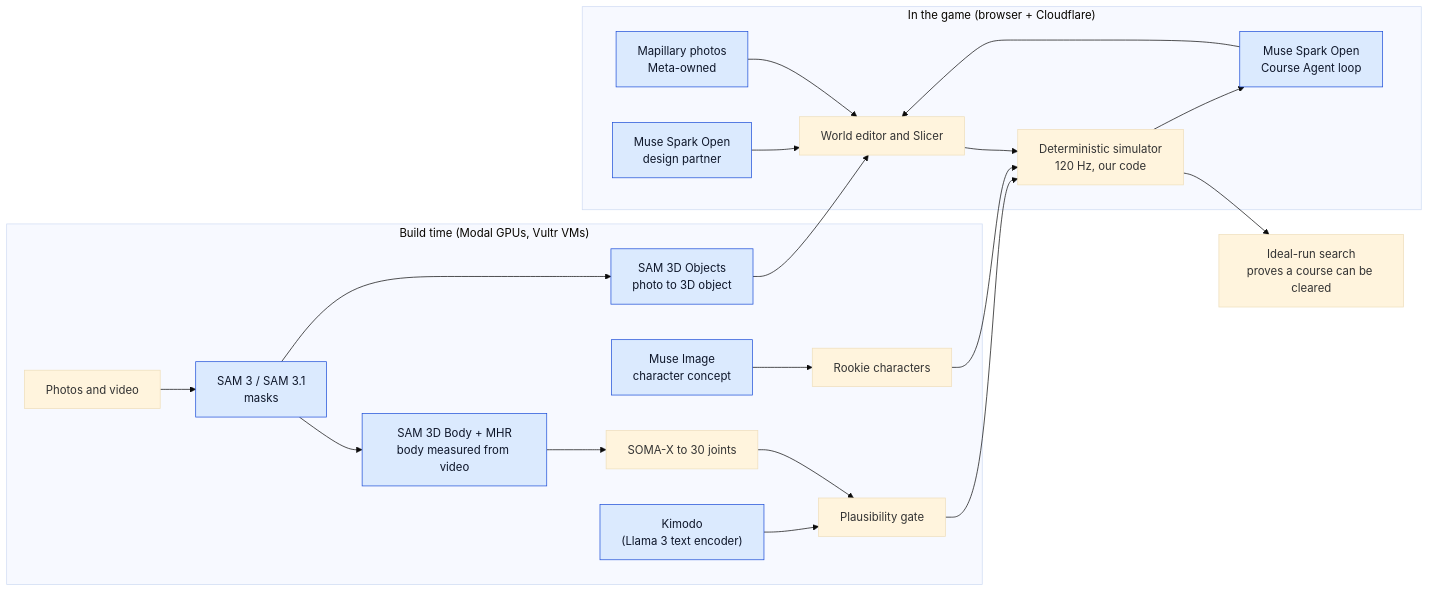
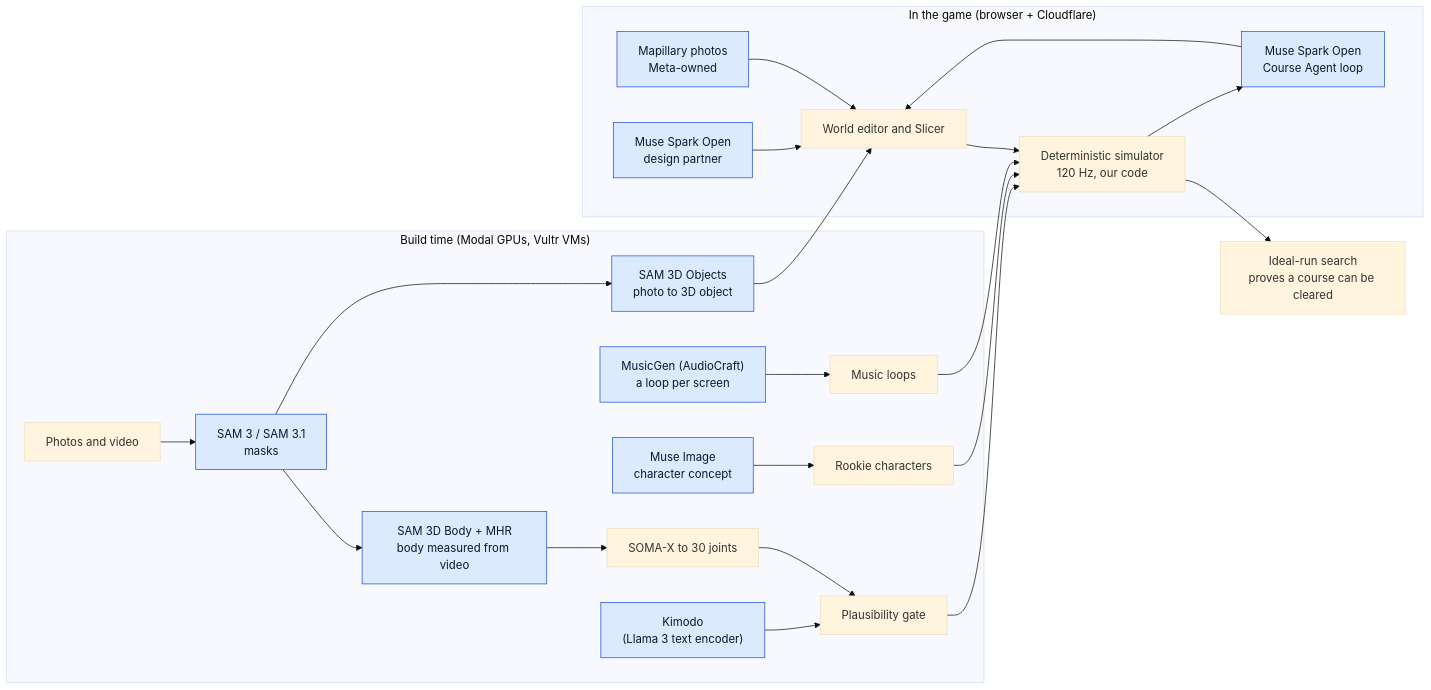
One commit to gitgithan/conquercourse changed the first of 8 diagrams in docs/meta-ai-pipelines.md. Above: the diagram before and after it, drawn with Mermaid (base theme). The commit also changed other lines of this file and 16 other files, not shown here.

First line of the commit message:
Music round 2: a gentler Course loop, Editor/Map/Report swapped, Report highs cut, MusicGen added to the README and pipelines (Part of CC-132)

````diff
--- a/docs/meta-ai-pipelines.md
+++ b/docs/meta-ai-pipelines.md
@@ -14,30 +14,32 @@
 ```mermaid
 flowchart LR
   subgraph Build["Build time (Modal GPUs, Vultr VMs)"]
     P1["Photos and video"] --> SAM3["SAM 3 / SAM 3.1<br/>masks"]
     SAM3 --> SAM3DO["SAM 3D Objects<br/>photo to 3D object"]
     SAM3 --> SAM3DB["SAM 3D Body + MHR<br/>body measured from video"]
     SAM3DB --> SOMA["SOMA-X to 30 joints"]
     KIM["Kimodo<br/>(Llama 3 text encoder)"] --> GATE["Plausibility gate"]
     SOMA --> GATE
     MI["Muse Image<br/>character concept"] --> CH["Rookie characters"]
+    MG["MusicGen (AudioCraft)<br/>a loop per screen"] --> MUS["Music loops"]
   end
   subgraph Game["In the game (browser + Cloudflare)"]
     SIM["Deterministic simulator<br/>120 Hz, our code"]
     ED["World editor and Slicer"]
     DES["Muse Spark Open<br/>design partner"]
     AGT["Muse Spark Open<br/>Course Agent loop"]
     MAP["Mapillary photos<br/>Meta-owned"]
   end
   SAM3DO --> ED
   GATE --> SIM
   CH --> SIM
+  MUS --> SIM
   ED --> SIM
   DES --> ED
   AGT --> ED
   SIM --> AGT
   MAP --> ED
   SIM --> IDEAL["Ideal-run search<br/>proves a course can be cleared"]
   classDef meta fill:#dbeafe,stroke:#1d4ed8,color:#0f172a;
-  class SAM3,SAM3DO,SAM3DB,MI,DES,AGT,MAP,KIM meta;
+  class SAM3,SAM3DO,SAM3DB,MI,DES,AGT,MAP,KIM,MG meta;
 ```
````
